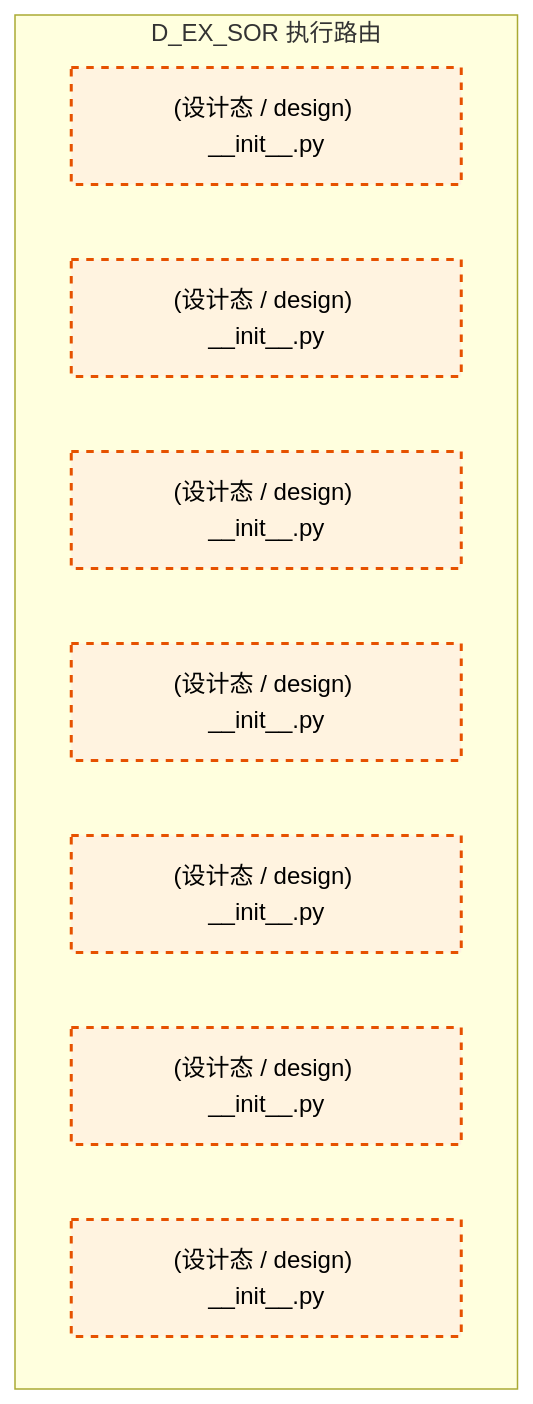
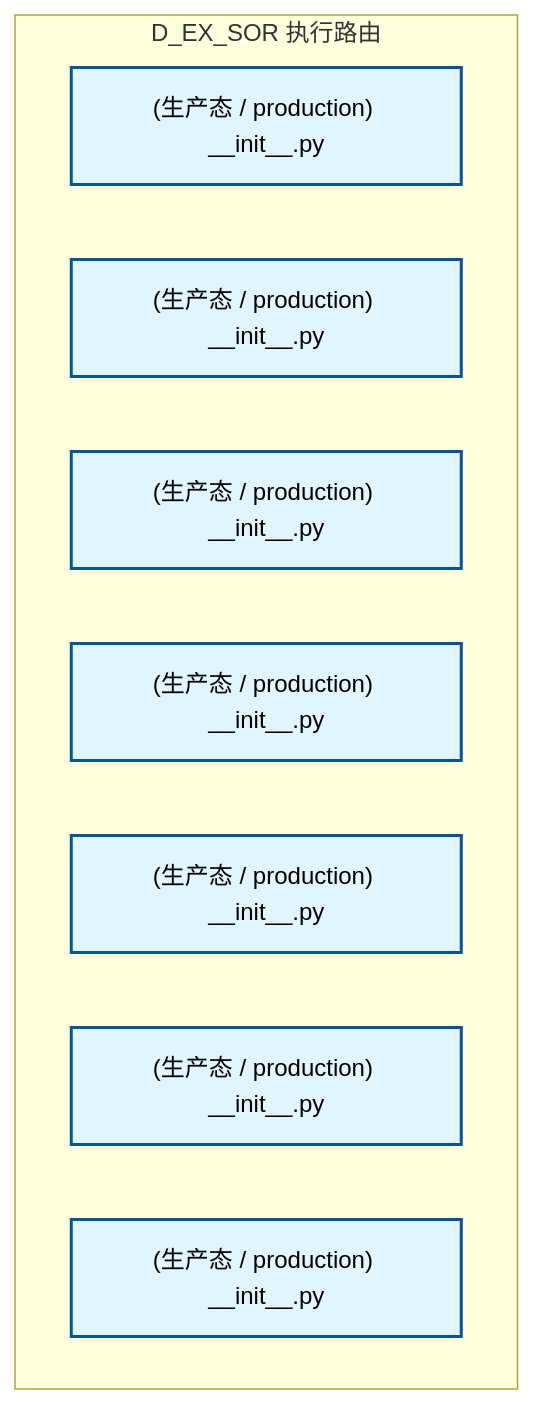
Before and after one commit to xuanFelixVan/ZephyrAlpha: the first of 2 diagrams in docs/02_enterprise_architecture/02_domain_architecture_docs/35_d_ex_sor.md, drawn with Mermaid. The commit also changed other lines of this file and 128 other files, not shown here.

````diff
--- a/docs/02_enterprise_architecture/02_domain_architecture_docs/35_d_ex_sor.md
+++ b/docs/02_enterprise_architecture/02_domain_architecture_docs/35_d_ex_sor.md
@@ -68,17 +67,17 @@
 ```mermaid
 graph TD
     subgraph D_EX_SOR["D_EX_SOR 执行路由"]
-        src_zephyr_ex_sor_init_py["(设计态 / design) __init__.py"]
-        src_zephyr_ex_sor_extensions_init_py["(设计态 / design) __init__.py"]
-        src_zephyr_ex_sor_api_init_py["(设计态 / design) __init__.py"]
-        src_zephyr_ex_sor_core_init_py["(设计态 / design) __init__.py"]
-        src_zephyr_ex_sor_infrastructure_init_py["(设计态 / design) __init__.py"]
-        src_zephyr_ex_sor_models_init_py["(设计态 / design) __init__.py"]
-        src_zephyr_ex_sor_services_init_py["(设计态 / design) __init__.py"]
+        src_zephyr_ex_sor_init_py["(生产态 / production) __init__.py"]
+        src_zephyr_ex_sor_extensions_init_py["(生产态 / production) __init__.py"]
+        src_zephyr_ex_sor_api_init_py["(生产态 / production) __init__.py"]
+        src_zephyr_ex_sor_core_init_py["(生产态 / production) __init__.py"]
+        src_zephyr_ex_sor_infrastructure_init_py["(生产态 / production) __init__.py"]
+        src_zephyr_ex_sor_models_init_py["(生产态 / production) __init__.py"]
+        src_zephyr_ex_sor_services_init_py["(生产态 / production) __init__.py"]
     end
     classDef production fill:#e1f5fe,stroke:#01579b,stroke-width:2px,color:#000
     classDef design fill:#fff3e0,stroke:#e65100,stroke-width:2px,color:#000,stroke-dasharray: 5 5
     classDef external_prod fill:#e8f5e9,stroke:#1b5e20,stroke-width:1px,color:#000
     classDef external_design fill:#fce4ec,stroke:#880e4f,stroke-width:1px,color:#000,stroke-dasharray: 5 5
-    class src_zephyr_ex_sor_init_py,src_zephyr_ex_sor_extensions_init_py,src_zephyr_ex_sor_api_init_py,src_zephyr_ex_sor_core_init_py,src_zephyr_ex_sor_infrastructure_init_py,src_zephyr_ex_sor_models_init_py,src_zephyr_ex_sor_services_init_py design
+    class src_zephyr_ex_sor_init_py,src_zephyr_ex_sor_extensions_init_py,src_zephyr_ex_sor_api_init_py,src_zephyr_ex_sor_core_init_py,src_zephyr_ex_sor_infrastructure_init_py,src_zephyr_ex_sor_models_init_py,src_zephyr_ex_sor_services_init_py production
 ```
````
